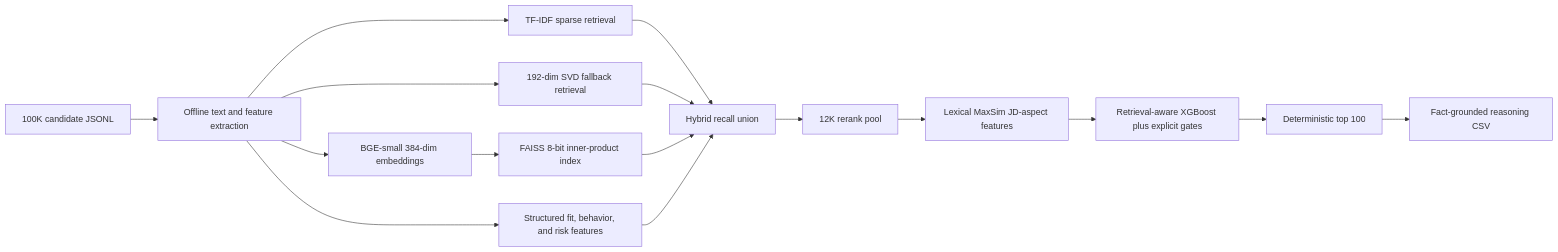
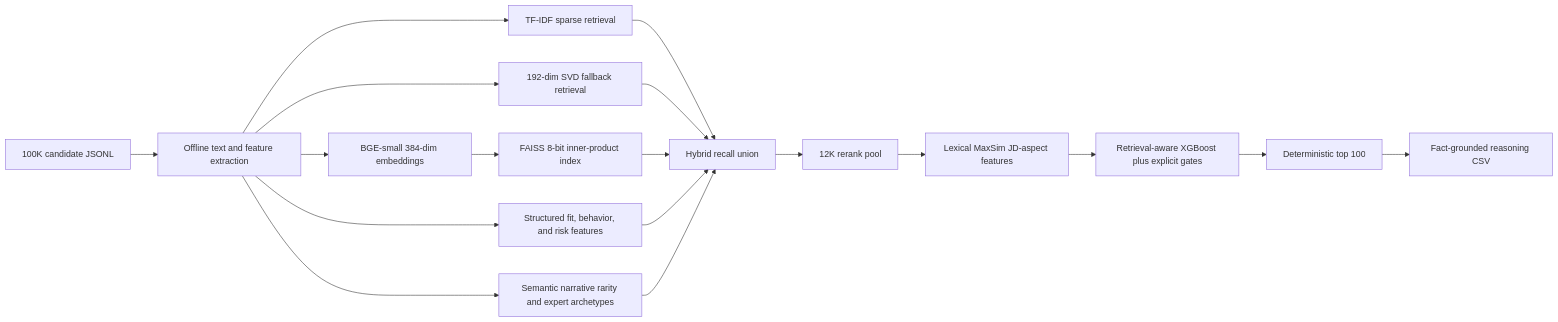
Before and after one commit to POPPz07/redrob_ai_challenge: the diagram in README.md, drawn with Mermaid. The commit also changed other lines of this file and 8 other files, not shown here.

````diff
--- a/README.md
+++ b/README.md
@@ -37,18 +38,20 @@
 ```mermaid
 flowchart LR
     A["100K candidate JSONL"] --> B["Offline text and feature extraction"]
     B --> C["TF-IDF sparse retrieval"]
     B --> D["192-dim SVD fallback retrieval"]
     B --> E["BGE-small 384-dim embeddings"]
     E --> F["FAISS 8-bit inner-product index"]
     B --> G["Structured fit, behavior, and risk features"]
+    B --> G2["Semantic narrative rarity and expert archetypes"]
     C --> H["Hybrid recall union"]
     D --> H
     F --> H
     G --> H
+    G2 --> H
     H --> I["12K rerank pool"]
     I --> J["Lexical MaxSim JD-aspect features"]
     J --> K["Retrieval-aware XGBoost plus explicit gates"]
     K --> L["Deterministic top 100"]
     L --> M["Fact-grounded reasoning CSV"]
 ```
````
